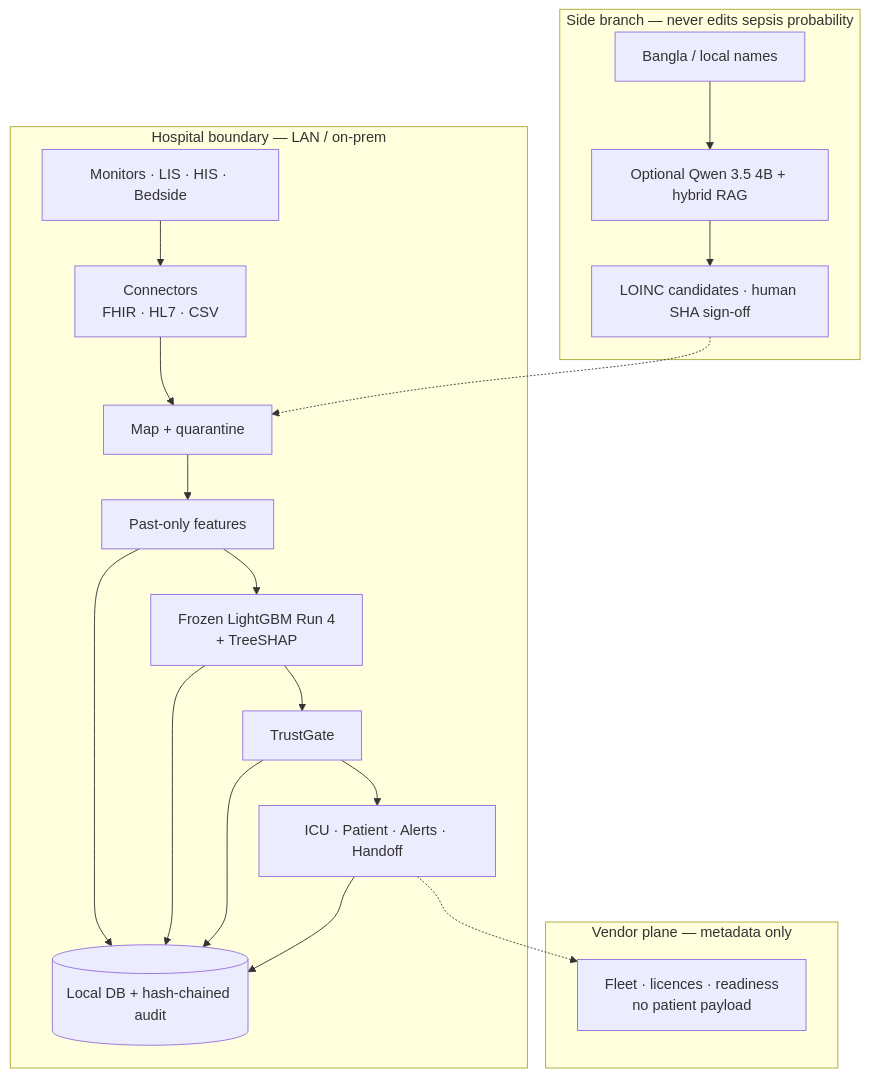
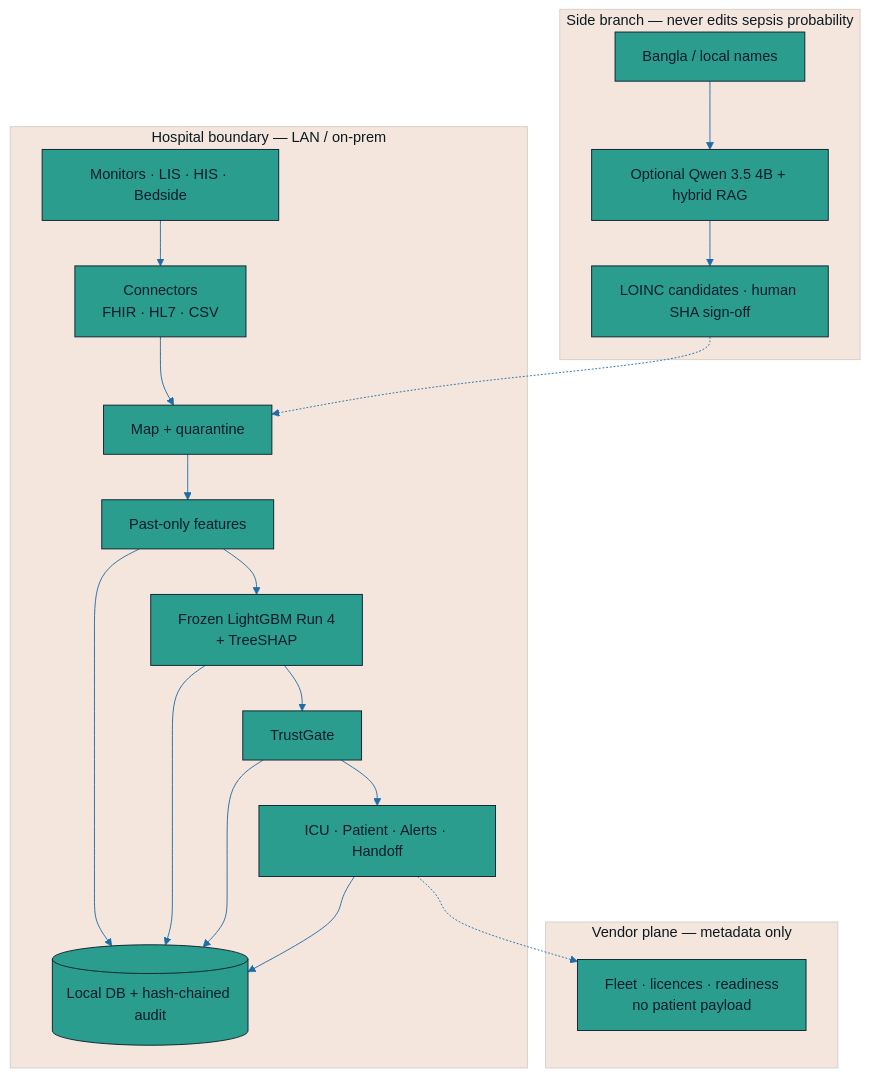
One commit to tanvir-ahmed-siddique-ctrl/Sepsis changed the second of 2 diagrams in README.md. Above: the diagram before and after it, drawn with Mermaid. The commit also changed other lines of this file, not shown here.

````diff
--- a/README.md
+++ b/README.md
@@ -73,30 +119,31 @@
 ```mermaid
+%%{init: {'theme':'base', 'themeVariables': { 'primaryColor':'#2A9D8F','primaryTextColor':'#0B1C2C','primaryBorderColor':'#0B1C2C','lineColor':'#1B6CA8','secondaryColor':'#E8F4F1','tertiaryColor':'#F4E6DC','background':'#F7FAFC'}}}%%
 flowchart TB
   subgraph HOSPITAL["Hospital boundary — LAN / on-prem"]
     SRC["Monitors · LIS · HIS · Bedside"]
     CONN["Connectors<br/>FHIR · HL7 · CSV"]
     MAP["Map + quarantine"]
     FEAT["Past-only features"]
     ML["Frozen LightGBM Run 4<br/>+ TreeSHAP"]
     TG["TrustGate"]
     UI["ICU · Patient · Alerts · Handoff"]
     DB[("Local DB + hash-chained audit")]
     SRC --> CONN --> MAP --> FEAT --> ML --> TG --> UI
     FEAT --> DB
     ML --> DB
     TG --> DB
     UI --> DB
   end
 
   subgraph SIDE["Side branch — never edits sepsis probability"]
     BN["Bangla / local names"]
     QW["Optional Qwen 3.5 4B + hybrid RAG"]
     LO["LOINC candidates · human SHA sign-off"]
     BN --> QW --> LO -.-> MAP
   end
 
   subgraph VENDOR["Vendor plane — metadata only"]
     FLEET["Fleet · licences · readiness<br/>no patient payload"]
   end
   UI -.-> FLEET
 ```
````
